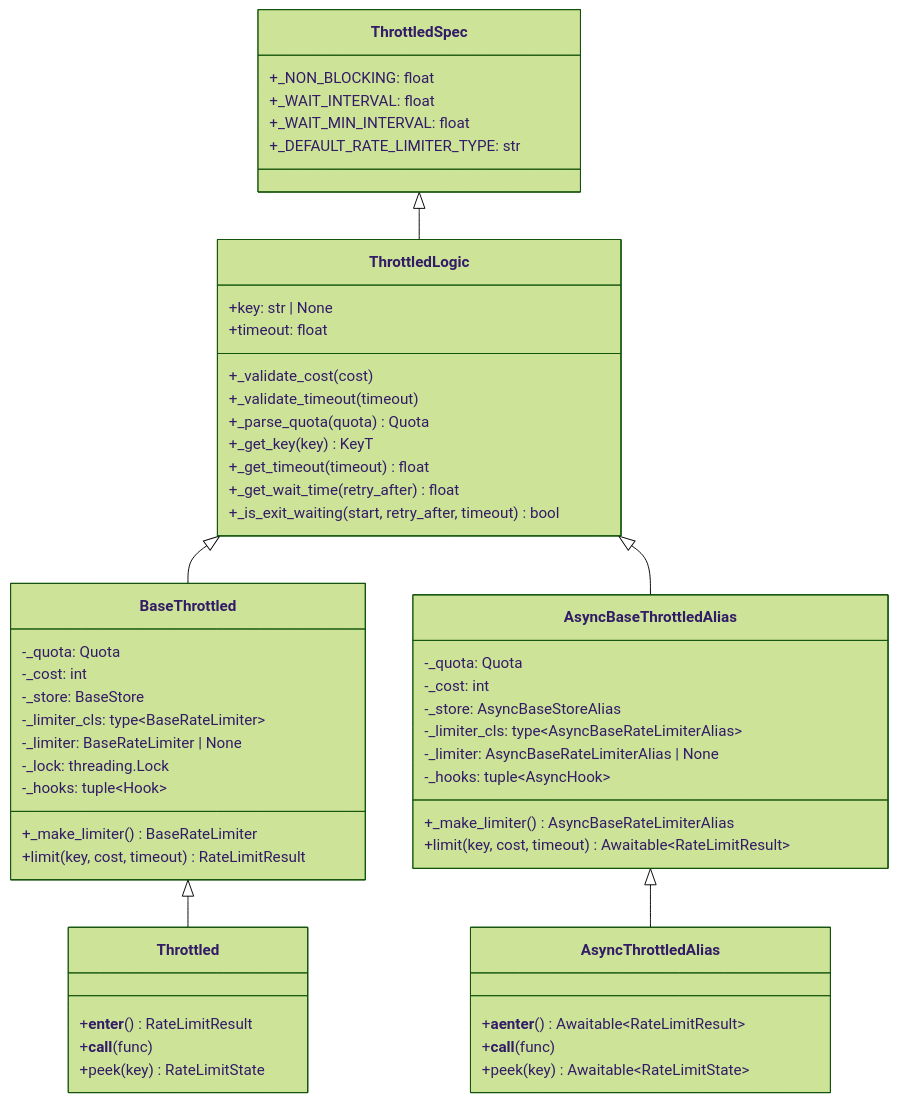
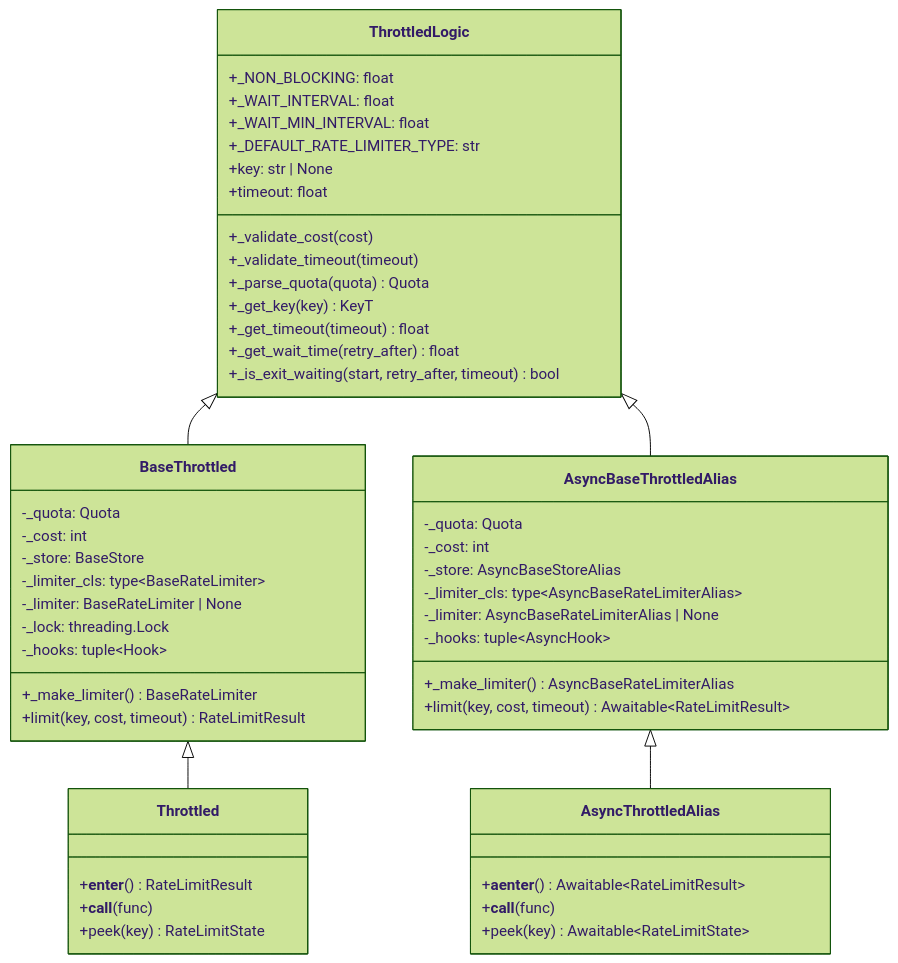
Before and after one commit to ZhuoZhuoCrayon/ai-workspace: the eighth of 8 diagrams in knowledge/throttled-py/issues/2026-05-06-store-typing-abstraction-refactor/PLAN.md, drawn with Mermaid (forest theme). The commit also changed other lines of this file, not shown here.

Commit message:
docs(knowledge): align throttled store typing plan

````diff
--- a/knowledge/throttled-py/issues/2026-05-06-store-typing-abstraction-refactor/PLAN.md
+++ b/knowledge/throttled-py/issues/2026-05-06-store-typing-abstraction-refactor/PLAN.md
@@ -856,59 +856,56 @@
 ```mermaid
 classDiagram
     direction TB
 
-    class ThrottledSpec {
+    class ThrottledLogic {
         +_NON_BLOCKING: float
         +_WAIT_INTERVAL: float
         +_WAIT_MIN_INTERVAL: float
         +_DEFAULT_RATE_LIMITER_TYPE: str
-    }
-    class ThrottledLogic {
         +key: str | None
         +timeout: float
         +_validate_cost(cost)
         +_validate_timeout(timeout)
         +_parse_quota(quota) Quota
         +_get_key(key) KeyT
         +_get_timeout(timeout) float
         +_get_wait_time(retry_after) float
         +_is_exit_waiting(start, retry_after, timeout) bool
     }
     class BaseThrottled {
         -_quota: Quota
         -_cost: int
         -_store: BaseStore
         -_limiter_cls: type~BaseRateLimiter~
         -_limiter: BaseRateLimiter | None
         -_lock: threading.Lock
         -_hooks: tuple~Hook~
         +_make_limiter() BaseRateLimiter
         +limit(key, cost, timeout) RateLimitResult
     }
     class AsyncBaseThrottledAlias {
         -_quota: Quota
         -_cost: int
         -_store: AsyncBaseStoreAlias
         -_limiter_cls: type~AsyncBaseRateLimiterAlias~
         -_limiter: AsyncBaseRateLimiterAlias | None
         -_hooks: tuple~AsyncHook~
         +_make_limiter() AsyncBaseRateLimiterAlias
         +limit(key, cost, timeout) Awaitable~RateLimitResult~
     }
     class Throttled {
         +__enter__() RateLimitResult
         +__call__(func)
         +peek(key) RateLimitState
     }
     class AsyncThrottledAlias {
         +__aenter__() Awaitable~RateLimitResult~
         +__call__(func)
         +peek(key) Awaitable~RateLimitState~
     }
 
-    ThrottledSpec <|-- ThrottledLogic
     ThrottledLogic <|-- BaseThrottled
     ThrottledLogic <|-- AsyncBaseThrottledAlias
     BaseThrottled <|-- Throttled
     AsyncBaseThrottledAlias <|-- AsyncThrottledAlias
 ```
````
